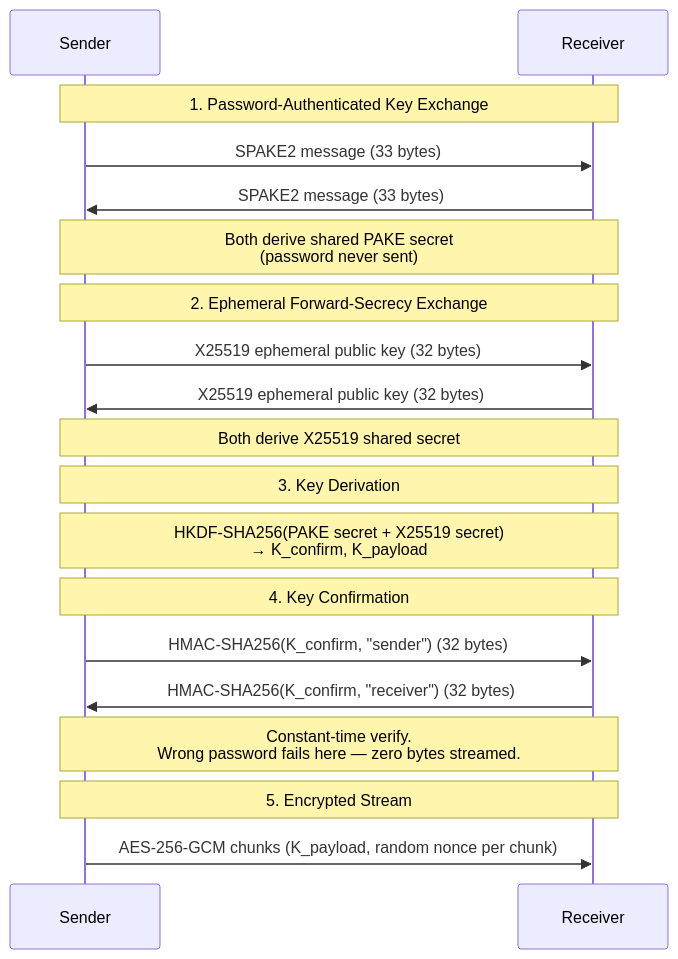
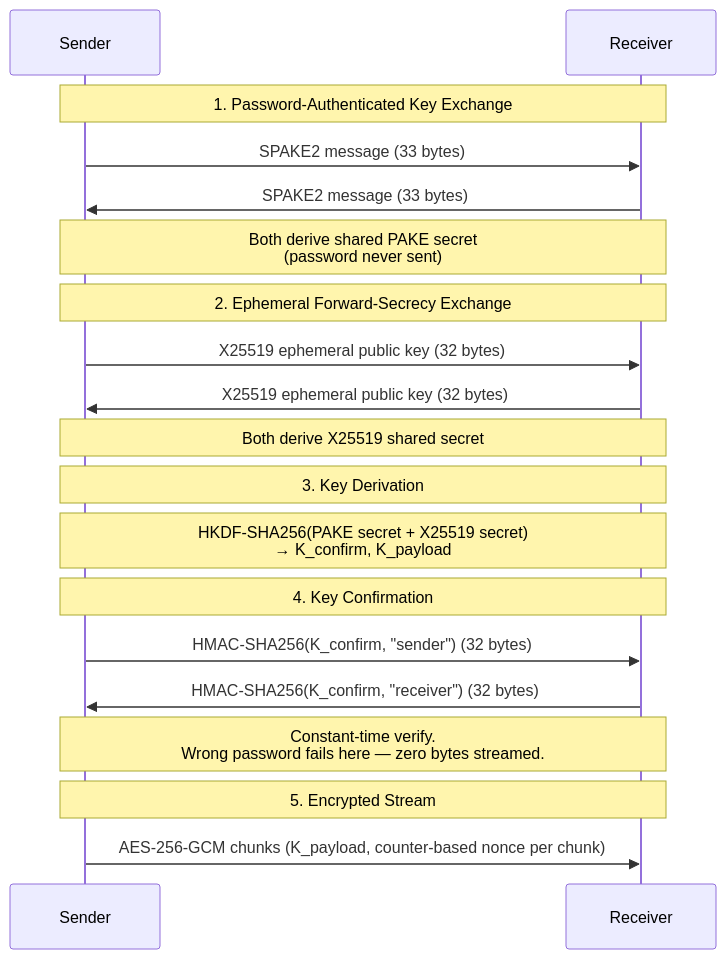
The diagram in README.md (foxhackerzdevs/FoxPipe), drawn with Mermaid before and after one commit. The commit also changed other lines of this file and 2 other files, not shown here.

First line of the commit message:
feat: add --password-file option, switch to deterministic per-chunk nonce

````diff
--- a/README.md
+++ b/README.md
@@ -112,26 +134,26 @@
 ```mermaid
 sequenceDiagram
     participant S as Sender
     participant R as Receiver
 
     Note over S,R: 1. Password-Authenticated Key Exchange
     S->>R: SPAKE2 message (33 bytes)
     R->>S: SPAKE2 message (33 bytes)
     Note over S,R: Both derive shared PAKE secret<br/>(password never sent)
 
     Note over S,R: 2. Ephemeral Forward-Secrecy Exchange
     S->>R: X25519 ephemeral public key (32 bytes)
     R->>S: X25519 ephemeral public key (32 bytes)
     Note over S,R: Both derive X25519 shared secret
 
     Note over S,R: 3. Key Derivation
     Note over S,R: HKDF-SHA256(PAKE secret + X25519 secret)<br/>→ K_confirm, K_payload
 
     Note over S,R: 4. Key Confirmation
     S->>R: HMAC-SHA256(K_confirm, "sender") (32 bytes)
     R->>S: HMAC-SHA256(K_confirm, "receiver") (32 bytes)
     Note over S,R: Constant-time verify.<br/>Wrong password fails here — zero bytes streamed.
 
     Note over S,R: 5. Encrypted Stream
-    S->>R: AES-256-GCM chunks (K_payload, random nonce per chunk)
+    S->>R: AES-256-GCM chunks (K_payload, counter-based nonce per chunk)
 ```
````
